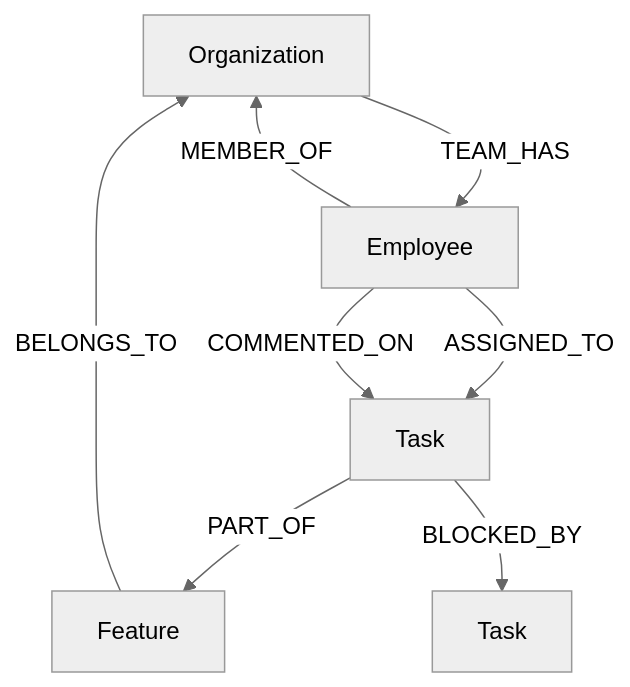
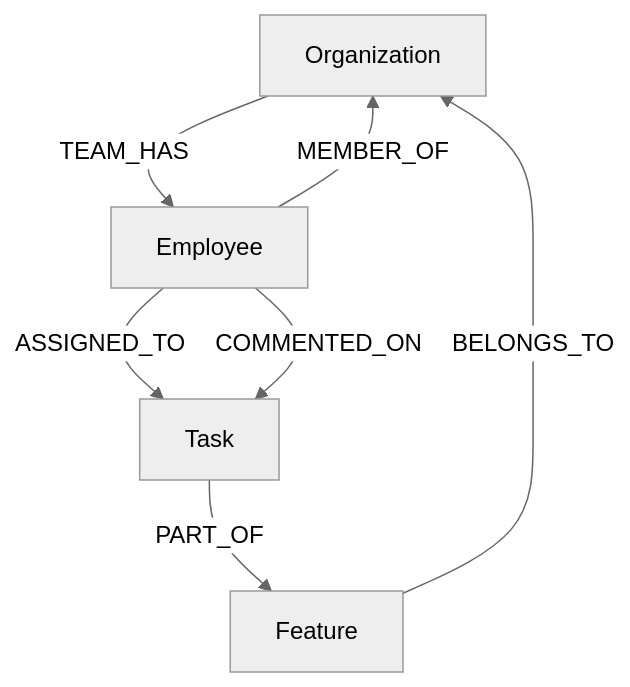
One commit to Yash-Goswami-2003/TaskPlanner changed the diagram in README.md. Above: the diagram before and after it, drawn with Mermaid (neutral theme). The commit also changed other lines of this file and 5 other files, not shown here.

````diff
--- a/README.md
+++ b/README.md
@@ -49,10 +47,9 @@
 ```mermaid
 graph TD
     Org[Organization] -->|TEAM_HAS| Emp[Employee]
     Emp -->|MEMBER_OF| Org
     Emp -->|ASSIGNED_TO| Task[Task]
     Task -->|PART_OF| Feat[Feature]
     Feat -->|BELONGS_TO| Org
-    Task -->|BLOCKED_BY| SubTask[Task]
     Emp -->|COMMENTED_ON| Task
 ```
````
